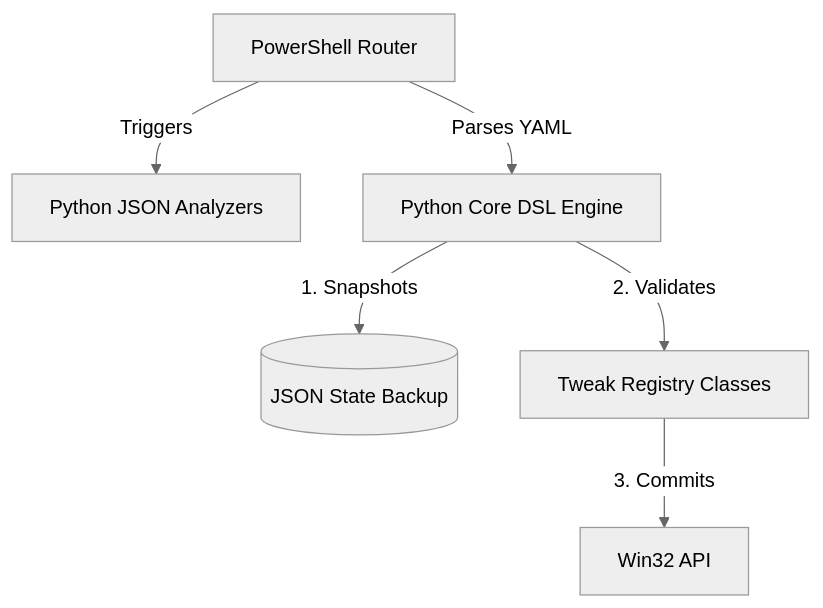
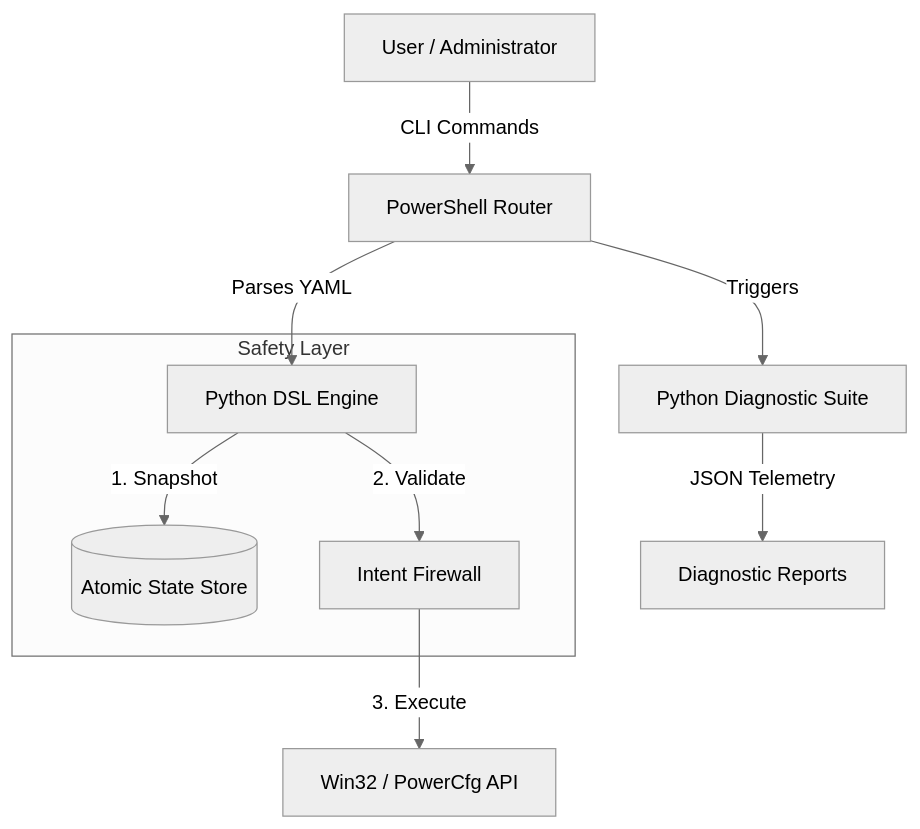
The diagram in README.md (Sarvadnya07/powertune), drawn with Mermaid (neutral theme) before and after one commit. The commit also changed other lines of this file and 19 other files, not shown here.

Commit message:
feat: implement core diagnostic engine, fleet analytics, and security policies while transitioning to pyproject.toml packaging.

````diff
--- a/README.md
+++ b/README.md
@@ -79,8 +51,14 @@
 ```mermaid
 graph TD
-    CLI[PowerShell Router] --> |Triggers| Diag[Python JSON Analyzers]
-    CLI --> |Parses YAML| Engine[Python Core DSL Engine]
-    Engine --> |1. Snapshots| DB[(JSON State Backup)]
-    Engine --> |2. Validates| Tweak[Tweak Registry Classes]
-    Tweak --> |3. Commits| OS[Win32 API]
+    User[User / Administrator] --> |CLI Commands| PSRouter[PowerShell Router]
+    PSRouter --> |Triggers| Analyzers[Python Diagnostic Suite]
+    PSRouter --> |Parses YAML| Engine[Python DSL Engine]
+    
+    subgraph "Safety Layer"
+        Engine --> |1. Snapshot| DB[(Atomic State Store)]
+        Engine --> |2. Validate| Firewall[Intent Firewall]
+    end
+    
+    Firewall --> |3. Execute| WinAPI[Win32 / PowerCfg API]
+    Analyzers --> |JSON Telemetry| Report[Diagnostic Reports]
 ```
````
